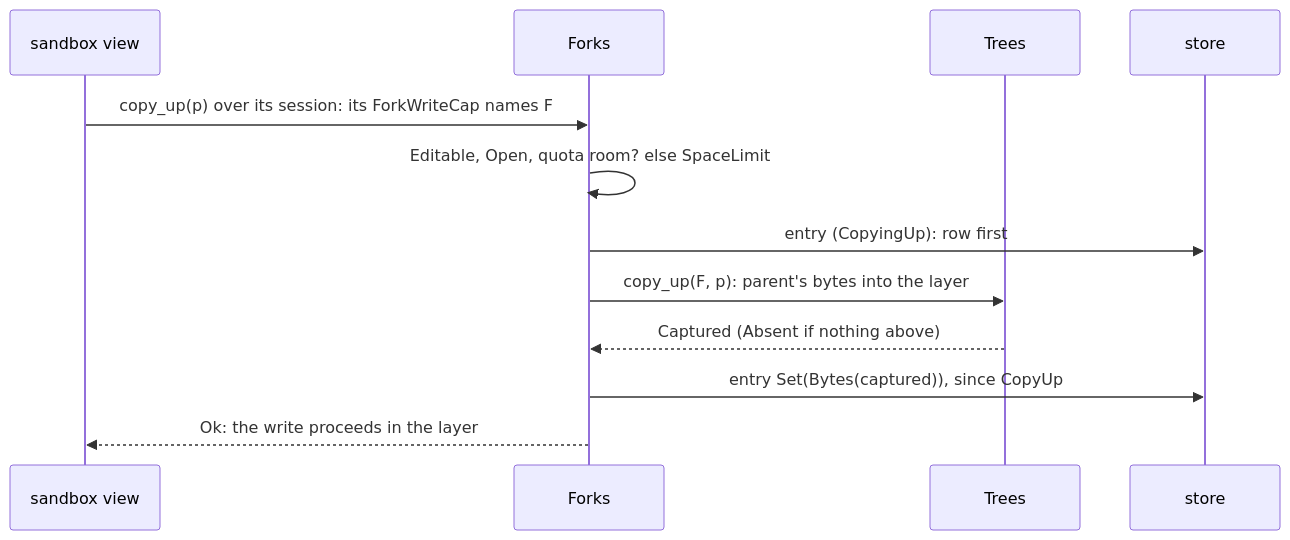
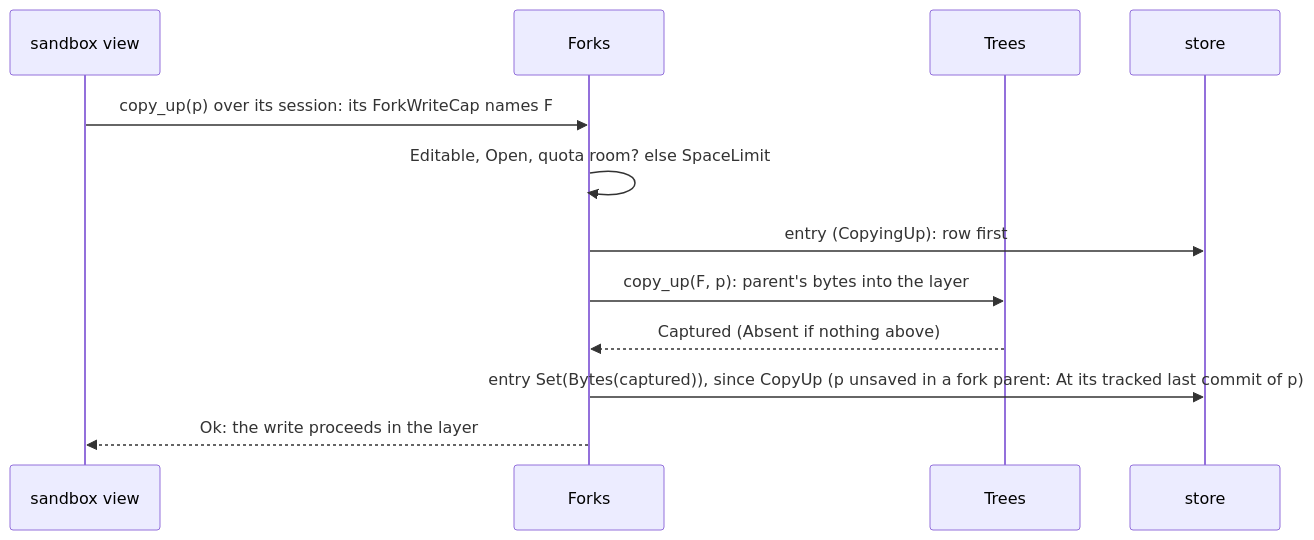
Before and after one commit to mcurcio/agentfs: the second of 4 diagrams in docs/target-architecture/domains/forks.md, drawn with Mermaid. The commit also changed other lines of this file and 7 other files, not shown here.

````diff
--- a/docs/target-architecture/domains/forks.md
+++ b/docs/target-architecture/domains/forks.md
@@ -210,14 +210,14 @@
 ```mermaid
 sequenceDiagram
   participant V as sandbox view
   participant F as Forks
   participant T as Trees
   participant S as store
   V->>F: copy_up(p) over its session: its ForkWriteCap names F
   F->>F: Editable, Open, quota room? else SpaceLimit
   F->>S: entry (CopyingUp): row first
   F->>T: copy_up(F, p): parent's bytes into the layer
   T-->>F: Captured (Absent if nothing above)
-  F->>S: entry Set(Bytes(captured)), since CopyUp
+  F->>S: entry Set(Bytes(captured)), since CopyUp (p unsaved in a fork parent: At its tracked last commit of p)
   F-->>V: Ok: the write proceeds in the layer
 ```
````
